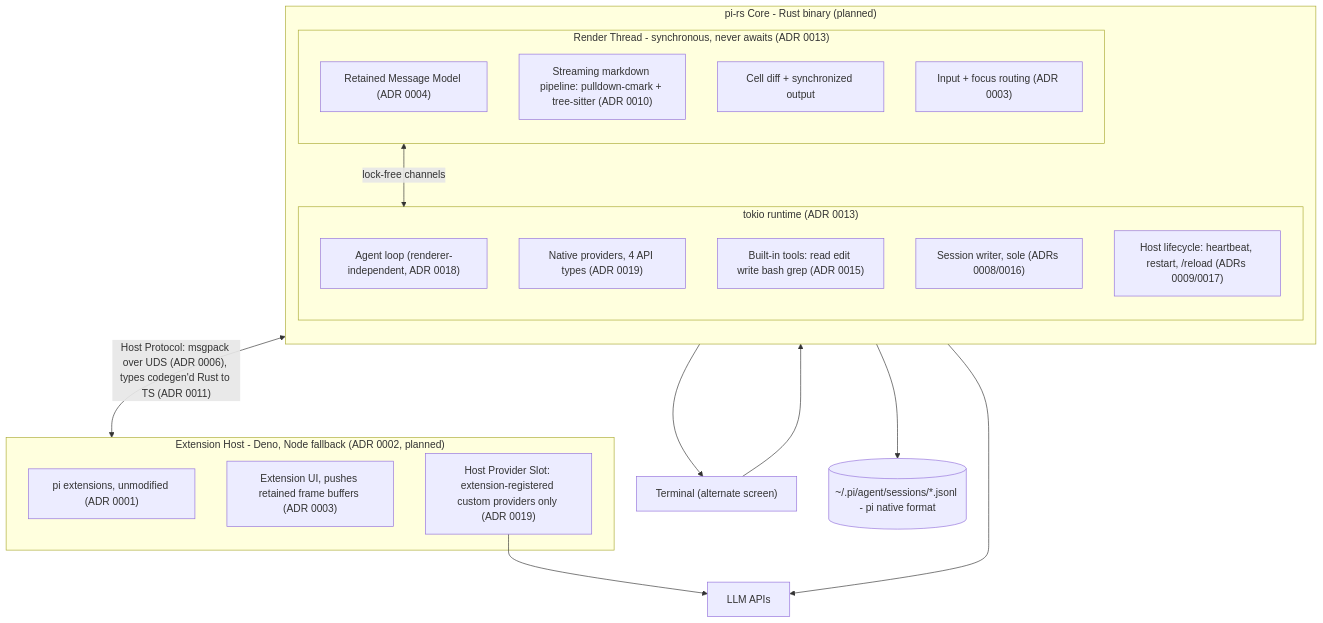
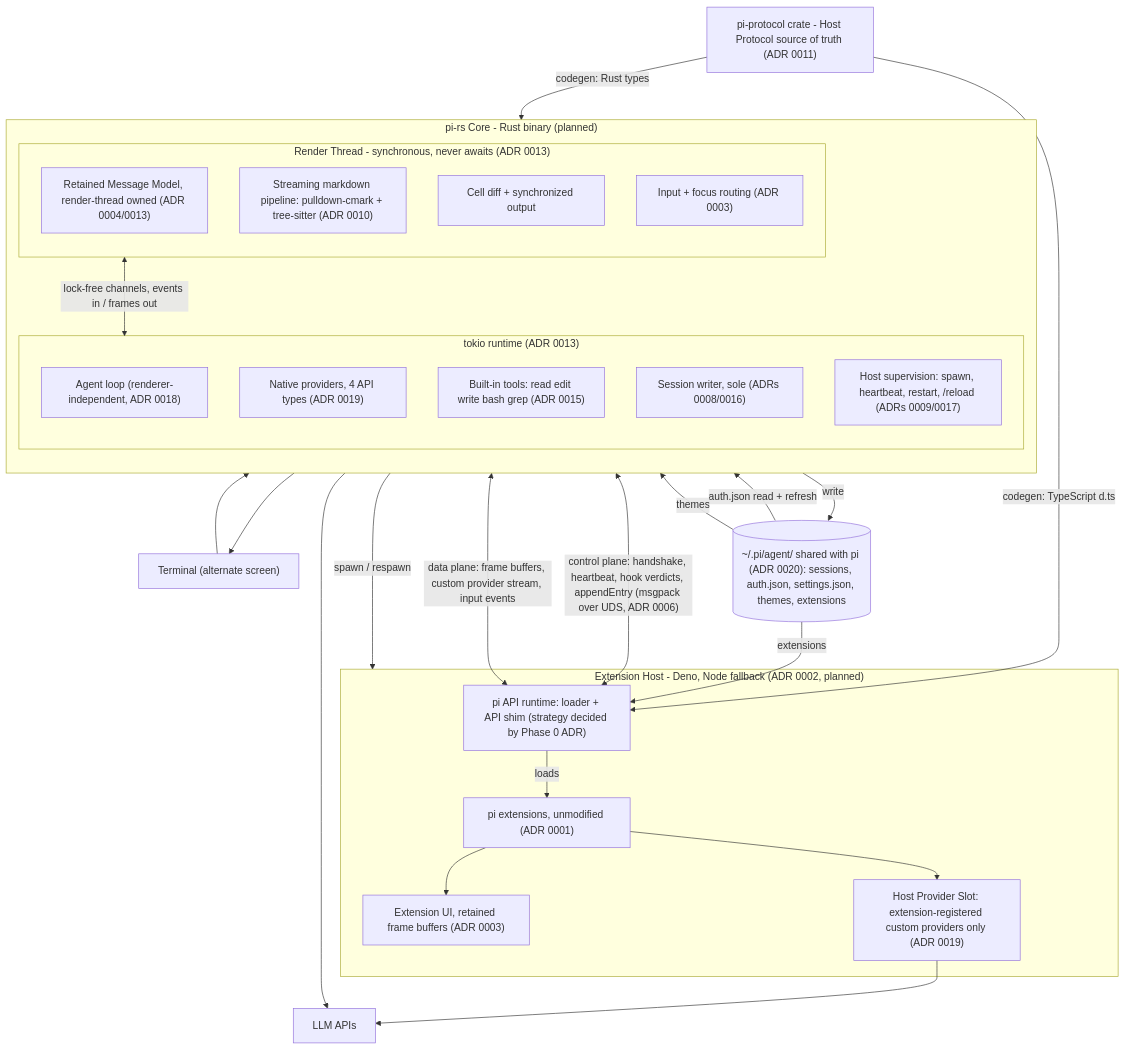
The diagram in README.md (thiscantbeserious/pi-rs), drawn with Mermaid before and after one commit.

Commit message:
README diagram: pi-protocol node with codegen arrows, control/data plane split, host supervision spawn edge, pi API runtime node, full shared ~/.pi tree with real read/write edges

````diff
--- a/README.md
+++ b/README.md
@@ -30,38 +30,56 @@
 ```mermaid
 flowchart TB
     terminal["Terminal (alternate screen)"]
 
+    piproto["pi-protocol crate - Host Protocol source of truth (ADR 0011)"]
+
     subgraph core["pi-rs Core - Rust binary (planned)"]
         direction TB
         subgraph render["Render Thread - synchronous, never awaits (ADR 0013)"]
-            rmm["Retained Message Model (ADR 0004)"]
+            rmm["Retained Message Model, render-thread owned (ADR 0004/0013)"]
             pipeline["Streaming markdown pipeline: pulldown-cmark + tree-sitter (ADR 0010)"]
             diff["Cell diff + synchronized output"]
             input["Input + focus routing (ADR 0003)"]
         end
         subgraph tok["tokio runtime (ADR 0013)"]
             agentloop["Agent loop (renderer-independent, ADR 0018)"]
             providers["Native providers, 4 API types (ADR 0019)"]
             tools["Built-in tools: read edit write bash grep (ADR 0015)"]
             sessions["Session writer, sole (ADRs 0008/0016)"]
-            lifecycle["Host lifecycle: heartbeat, restart, /reload (ADRs 0009/0017)"]
+            lifecycle["Host supervision: spawn, heartbeat, restart, /reload (ADRs 0009/0017)"]
         end
     end
 
     subgraph host["Extension Host - Deno, Node fallback (ADR 0002, planned)"]
+        runtime["pi API runtime: loader + API shim (strategy decided by Phase 0 ADR)"]
         exts["pi extensions, unmodified (ADR 0001)"]
-        extui["Extension UI, pushes retained frame buffers (ADR 0003)"]
+        extui["Extension UI, retained frame buffers (ADR 0003)"]
         customprov["Host Provider Slot: extension-registered custom providers only (ADR 0019)"]
     end
 
     llm["LLM APIs"]
-    jsonl[("~/.pi/agent/sessions/*.jsonl - pi native format")]
+    pitree[("~/.pi/agent/ shared with pi (ADR 0020): sessions, auth.json, settings.json, themes, extensions")]
+
+    piproto -->|"codegen: Rust types"| core
+    piproto -->|"codegen: TypeScript d.ts"| runtime
 
     diff --> terminal
     terminal --> input
-    render <-->|"lock-free channels"| tok
-    core <-->|"Host Protocol: msgpack over UDS (ADR 0006), types codegen'd Rust to TS (ADR 0011)"| host
+    render <-->|"lock-free channels, events in / frames out"| tok
+
+    tok <-->|"control plane: handshake, heartbeat, hook verdicts, appendEntry (msgpack over UDS, ADR 0006)"| runtime
+    tok <-->|"data plane: frame buffers, custom provider stream, input events"| runtime
+    lifecycle -->|"spawn / respawn"| host
+
+    runtime -->|"loads"| exts
+    exts --> extui
+    exts --> customprov
+
     providers --> llm
     customprov --> llm
-    sessions --> jsonl
+
+    sessions -->|"write"| pitree
+    pitree -->|"auth.json read + refresh"| providers
+    pitree -->|"themes"| render
+    pitree -->|"extensions"| runtime
 ```
````
